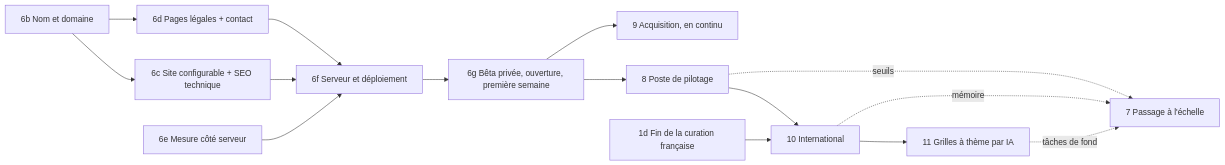
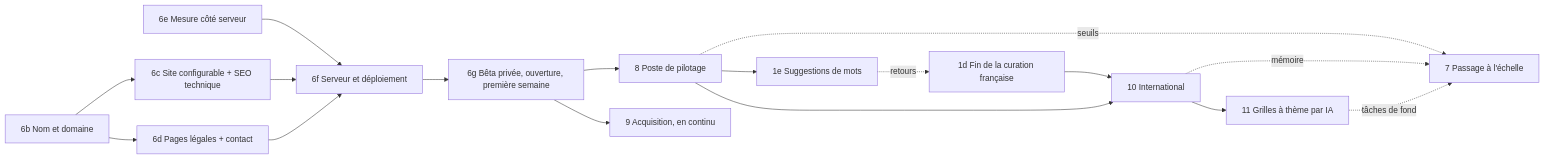
One commit to maximefd/terminator-app changed the diagram in docs/ROADMAP.md. Above: the diagram before and after it, drawn with Mermaid. The commit also changed other lines of this file and 2 other files, not shown here.

First line of the commit message:
docs(roadmap): suggestions de mots des utilisateurs (1e)

````diff
--- a/docs/ROADMAP.md
+++ b/docs/ROADMAP.md
@@ -462,17 +497,19 @@
 ```mermaid
 flowchart LR
   B["6b Nom et domaine"] --> C["6c Site configurable + SEO technique"]
   B --> D["6d Pages légales + contact"]
   E["6e Mesure côté serveur"] --> F["6f Serveur et déploiement"]
   C --> F
   D --> F
   F --> G["6g Bêta privée, ouverture, première semaine"]
   G --> P8["8 Poste de pilotage"]
   G --> P9["9 Acquisition, en continu"]
+  P8 --> S["1e Suggestions de mots"]
+  S -. retours .-> C1
   C1["1d Fin de la curation française"] --> P10["10 International"]
   P8 --> P10
   P10 --> P11["11 Grilles à thème par IA"]
   P8 -. seuils .-> P7["7 Passage à l'échelle"]
   P10 -. mémoire .-> P7
   P11 -. tâches de fond .-> P7
 ```
````
